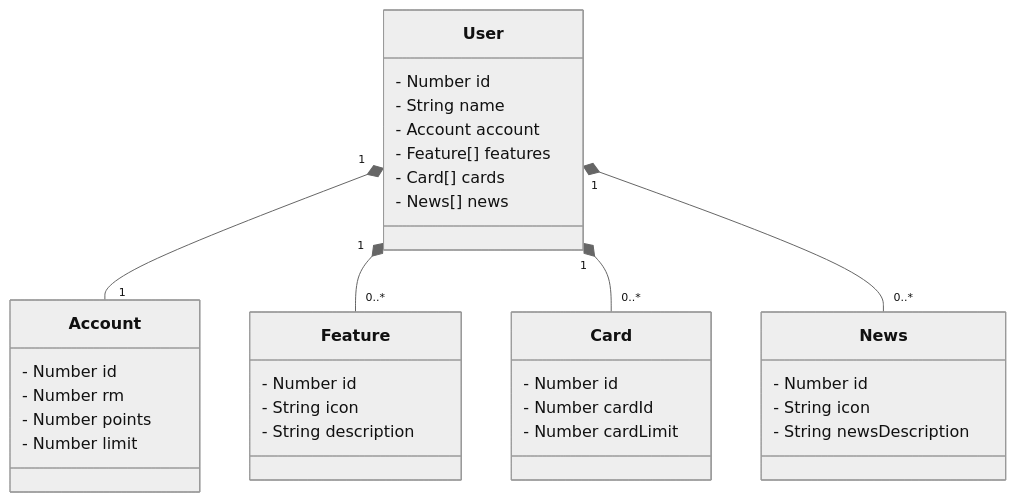
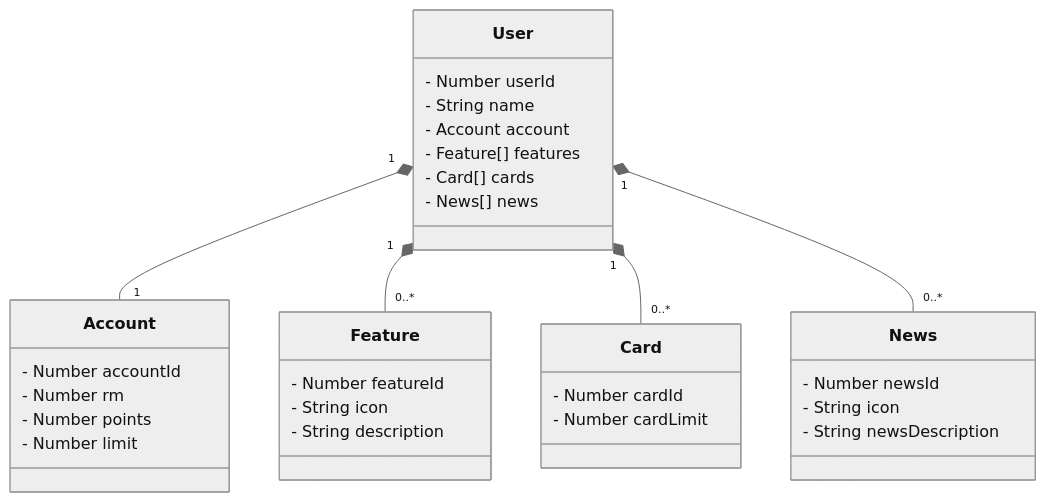
The diagram in README.md (gusmaomath/banking-domain), drawn with Mermaid (neutral theme) before and after one commit.

````diff
--- a/README.md
+++ b/README.md
@@ -19,41 +19,40 @@
 ```mermaid
 classDiagram
   class User {
-    - Number id
+    - Number userId
     - String name
     - Account account
     - Feature[] features
     - Card[] cards
     - News[] news
   }
 
   class Account {
-    - Number id
+    - Number accountId
     - Number rm
     - Number points
     - Number limit
   }
 
   class Feature {
-    - Number id
+    - Number featureId
     - String icon
     - String description
   }
     
   class Card {
-    - Number id
     - Number cardId
     - Number cardLimit
   }
     
   class News {
-    - Number id
+    - Number newsId
     - String icon
     - String newsDescription
   }
 
   User "1" *-- "1" Account
   User "1" *-- "0..*" Feature
   User "1" *-- "0..*" Card
   User "1" *-- "0..*" News
 ```
````
